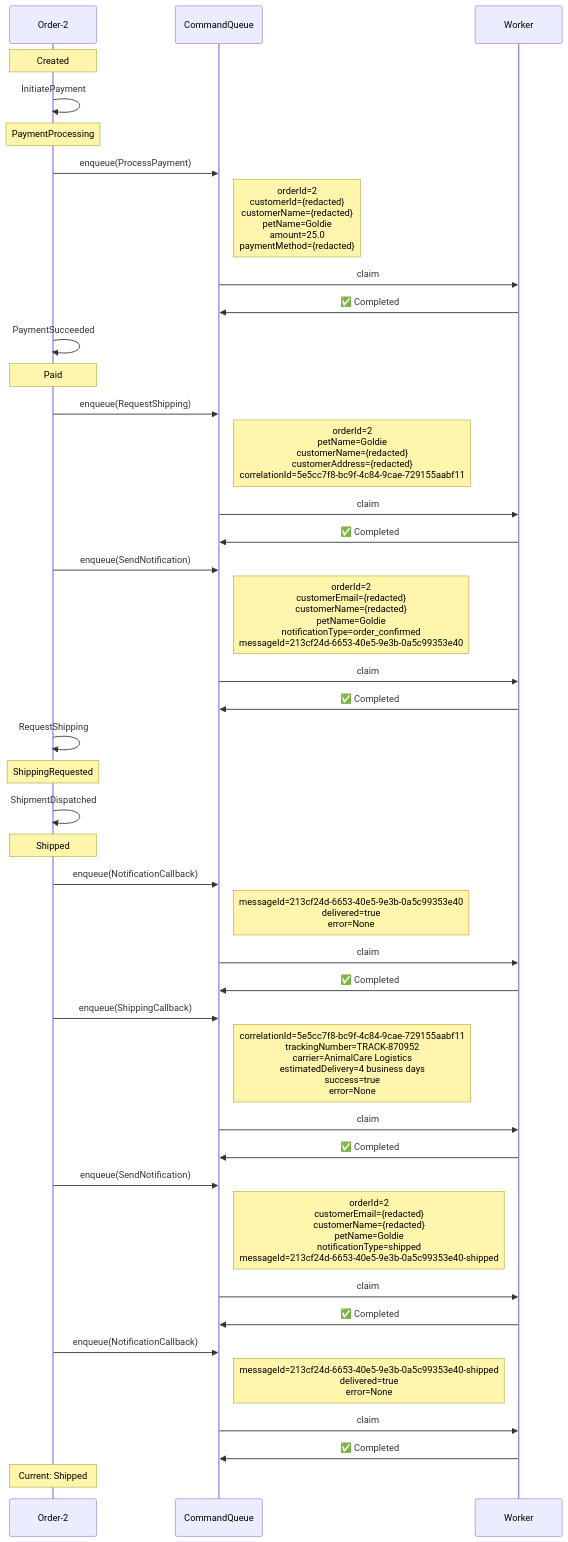
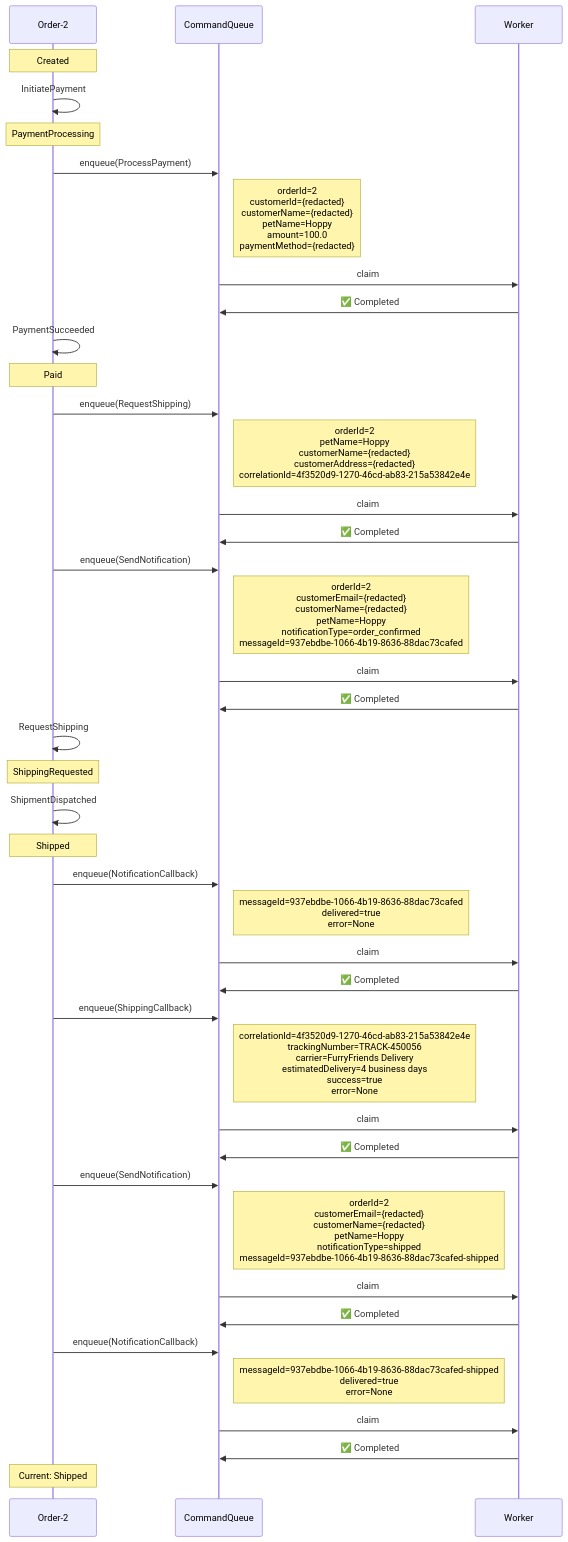
Before and after one commit to Iterable/mechanoid: the first of 3 diagrams in docs/visualizations/order-2-trace.md, drawn with Mermaid. The commit also changed 19 other files, not shown here.

````diff
--- a/docs/visualizations/order-2-trace.md
+++ b/docs/visualizations/order-2-trace.md
@@ -11,46 +11,46 @@
 ```mermaid
 %%{init: {'themeCSS': '.noteText { text-align: left !important; }'}}%%
 sequenceDiagram
     participant FSM as Order-2
     participant CQ as CommandQueue
     participant W as Worker
 
     Note over FSM: Created
     FSM->>FSM: InitiatePayment
     Note over FSM: PaymentProcessing
     FSM->>CQ: enqueue(ProcessPayment)
-    Note right of CQ: orderId=2<br/>customerId={redacted}<br/>customerName={redacted}<br/>petName=Goldie<br/>amount=25.0<br/>paymentMethod={redacted}
+    Note right of CQ: orderId=2<br/>customerId={redacted}<br/>customerName={redacted}<br/>petName=Hoppy<br/>amount=100.0<br/>paymentMethod={redacted}
     CQ->>W: claim
     W->>CQ: ✅ Completed
     FSM->>FSM: PaymentSucceeded
     Note over FSM: Paid
     FSM->>CQ: enqueue(RequestShipping)
-    Note right of CQ: orderId=2<br/>petName=Goldie<br/>customerName={redacted}<br/>customerAddress={redacted}<br/>correlationId=5e5cc7f8-bc9f-4c84-9cae-729155aabf11
+    Note right of CQ: orderId=2<br/>petName=Hoppy<br/>customerName={redacted}<br/>customerAddress={redacted}<br/>correlationId=4f3520d9-1270-46cd-ab83-215a53842e4e
     CQ->>W: claim
     W->>CQ: ✅ Completed
     FSM->>CQ: enqueue(SendNotification)
-    Note right of CQ: orderId=2<br/>customerEmail={redacted}<br/>customerName={redacted}<br/>petName=Goldie<br/>notificationType=order_confirmed<br/>messageId=213cf24d-6653-40e5-9e3b-0a5c99353e40
+    Note right of CQ: orderId=2<br/>customerEmail={redacted}<br/>customerName={redacted}<br/>petName=Hoppy<br/>notificationType=order_confirmed<br/>messageId=937ebdbe-1066-4b19-8636-88dac73cafed
     CQ->>W: claim
     W->>CQ: ✅ Completed
     FSM->>FSM: RequestShipping
     Note over FSM: ShippingRequested
     FSM->>FSM: ShipmentDispatched
     Note over FSM: Shipped
     FSM->>CQ: enqueue(NotificationCallback)
-    Note right of CQ: messageId=213cf24d-6653-40e5-9e3b-0a5c99353e40<br/>delivered=true<br/>error=None
+    Note right of CQ: messageId=937ebdbe-1066-4b19-8636-88dac73cafed<br/>delivered=true<br/>error=None
     CQ->>W: claim
     W->>CQ: ✅ Completed
     FSM->>CQ: enqueue(ShippingCallback)
-    Note right of CQ: correlationId=5e5cc7f8-bc9f-4c84-9cae-729155aabf11<br/>trackingNumber=TRACK-870952<br/>carrier=AnimalCare Logistics<br/>estimatedDelivery=4 business days<br/>success=true<br/>error=None
+    Note right of CQ: correlationId=4f3520d9-1270-46cd-ab83-215a53842e4e<br/>trackingNumber=TRACK-450056<br/>carrier=FurryFriends Delivery<br/>estimatedDelivery=4 business days<br/>success=true<br/>error=None
     CQ->>W: claim
     W->>CQ: ✅ Completed
     FSM->>CQ: enqueue(SendNotification)
-    Note right of CQ: orderId=2<br/>customerEmail={redacted}<br/>customerName={redacted}<br/>petName=Goldie<br/>notificationType=shipped<br/>messageId=213cf24d-6653-40e5-9e3b-0a5c99353e40-shipped
+    Note right of CQ: orderId=2<br/>customerEmail={redacted}<br/>customerName={redacted}<br/>petName=Hoppy<br/>notificationType=shipped<br/>messageId=937ebdbe-1066-4b19-8636-88dac73cafed-shipped
     CQ->>W: claim
     W->>CQ: ✅ Completed
     FSM->>CQ: enqueue(NotificationCallback)
-    Note right of CQ: messageId=213cf24d-6653-40e5-9e3b-0a5c99353e40-shipped<br/>delivered=true<br/>error=None
+    Note right of CQ: messageId=937ebdbe-1066-4b19-8636-88dac73cafed-shipped<br/>delivered=true<br/>error=None
     CQ->>W: claim
     W->>CQ: ✅ Completed
     Note over FSM: Current: Shipped
 ```
````
